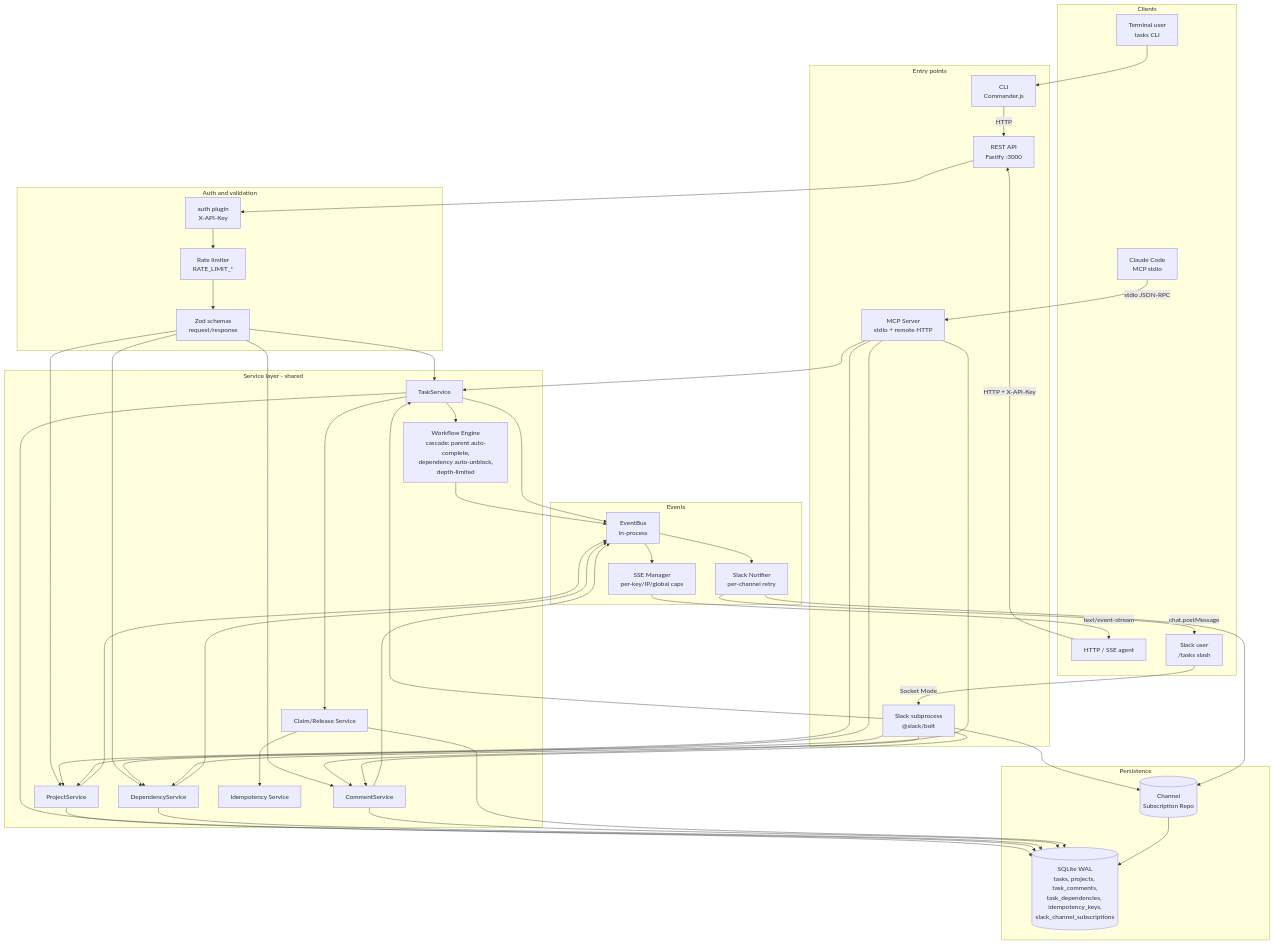
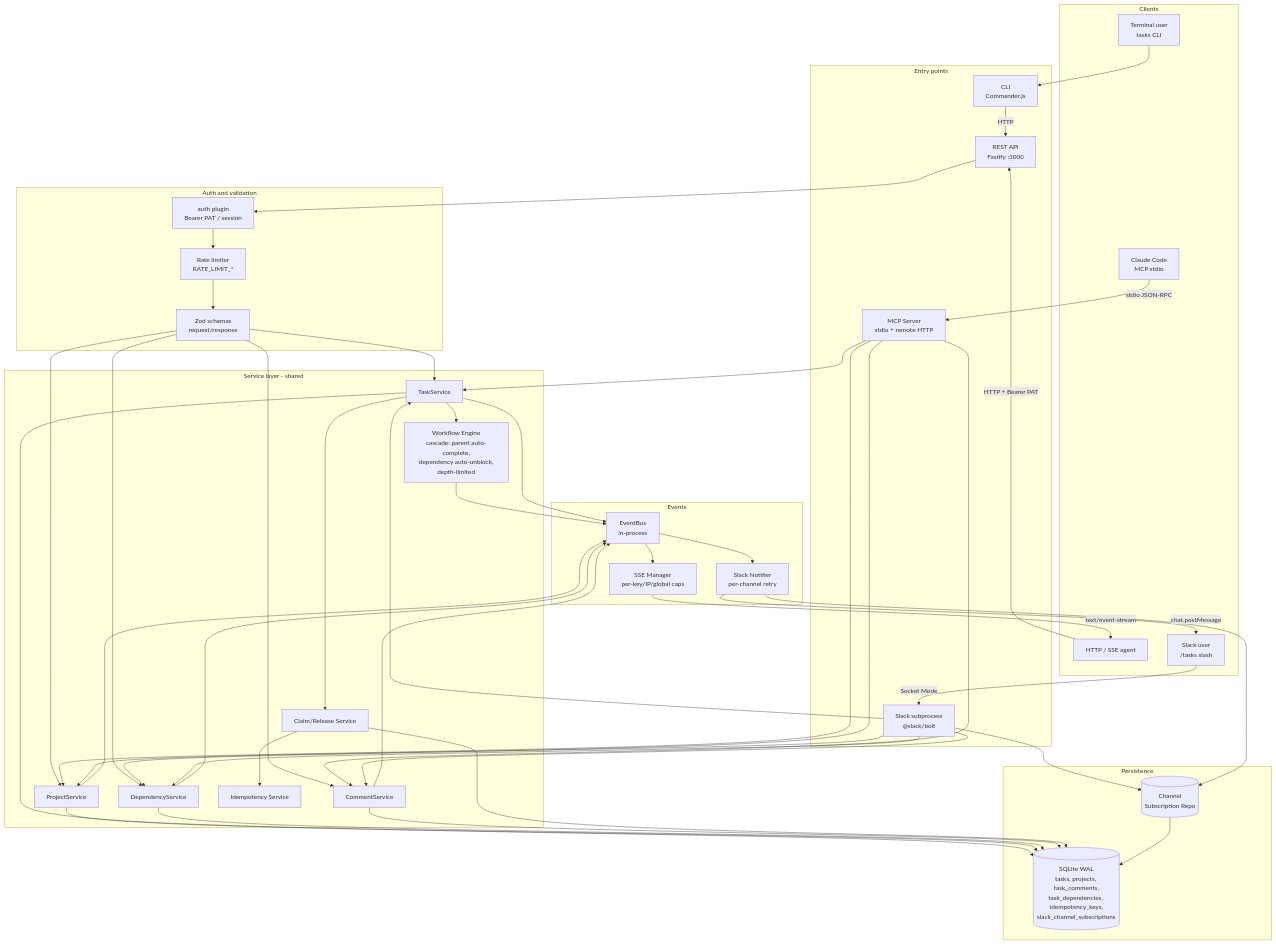
Before and after one commit to Wood-Fired-Games/wood-fired-tasks: the diagram in README.md, drawn with Mermaid. The commit also changed other lines of this file and 4 other files, not shown here.

First line of the commit message:
docs(v2.0): correct stale auth (X-API-Key removed) + counts + DB-path default

```diff
--- a/README.md
+++ b/README.md
@@ -210,7 +209,7 @@
   end
 
   subgraph guards[Auth and validation]
-    Auth[auth plugin<br/>X-API-Key]
+    Auth[auth plugin<br/>Bearer PAT / session]
     RL[Rate limiter<br/>RATE_LIMIT_*]
     Zod[Zod schemas<br/>request/response]
   end
@@ -237,7 +236,7 @@
   end
 
   HumanCLI --> CLI
-  HTTPAgent -->|HTTP + X-API-Key| REST
+  HTTPAgent -->|HTTP + Bearer PAT| REST
   ClaudeMCP -->|stdio JSON-RPC| MCP
   SlackUser -->|Socket Mode| Slack
 
```
